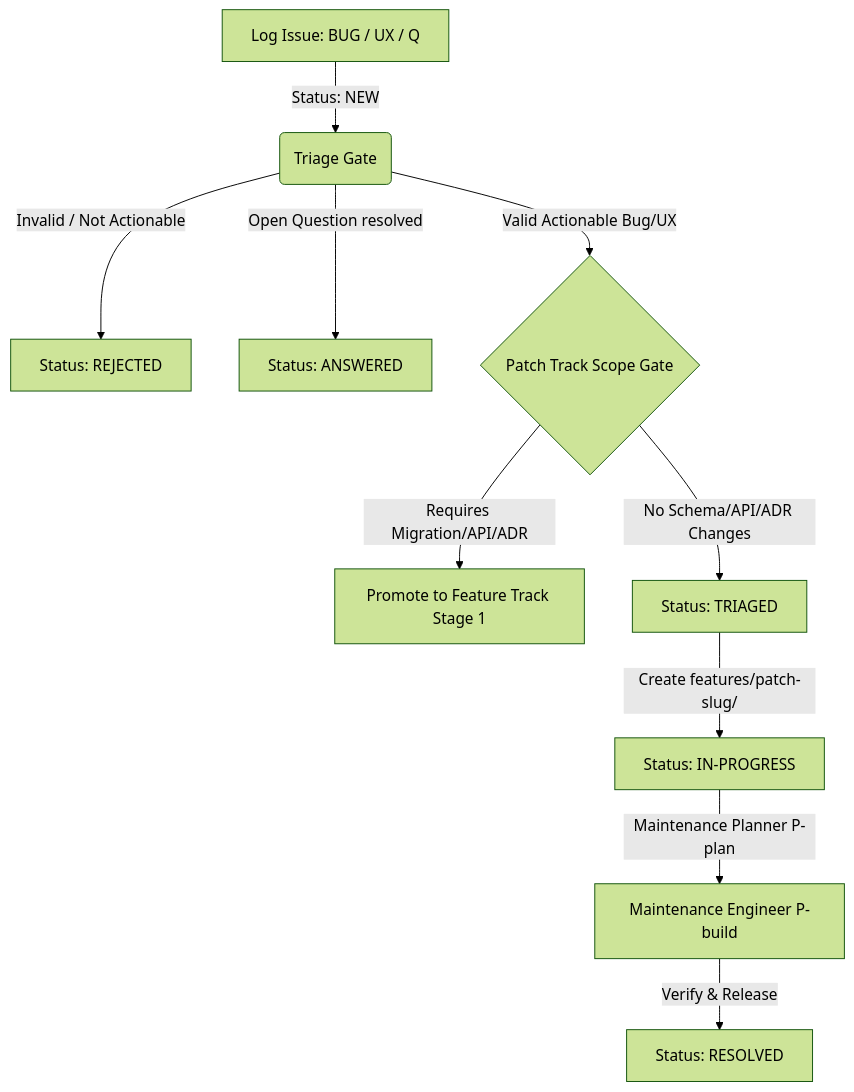
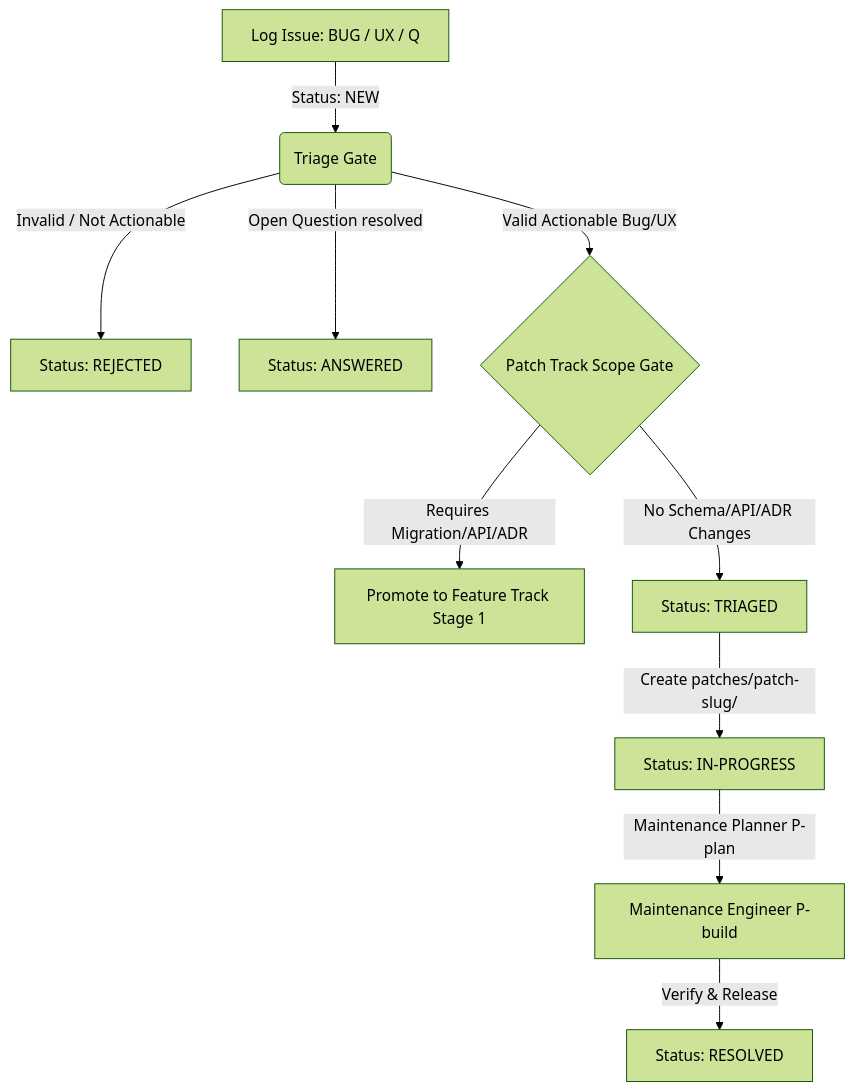
The diagram in issues/README.md (ychamel/app-discovery), drawn with Mermaid (forest theme) before and after one commit. The commit also changed other lines of this file and 42 other files, not shown here.

Commit message:
moved patches outside of features

````diff
--- a/issues/README.md
+++ b/issues/README.md
@@ -21,12 +21,12 @@
 ```mermaid
 graph TD
     A[Log Issue: BUG / UX / Q] -->|Status: NEW| B(Triage Gate)
     B -->|Invalid / Not Actionable| C[Status: REJECTED]
     B -->|Open Question resolved| D[Status: ANSWERED]
     B -->|Valid Actionable Bug/UX| E{Patch Track Scope Gate}
     E -->|Requires Migration/API/ADR| F[Promote to Feature Track Stage 1]
     E -->|No Schema/API/ADR Changes| G[Status: TRIAGED]
-    G -->|Create features/patch-slug/| H[Status: IN-PROGRESS]
+    G -->|Create patches/patch-slug/| H[Status: IN-PROGRESS]
     H -->|Maintenance Planner P-plan| I[Maintenance Engineer P-build]
     I -->|Verify & Release| J[Status: RESOLVED]
 ```
````
